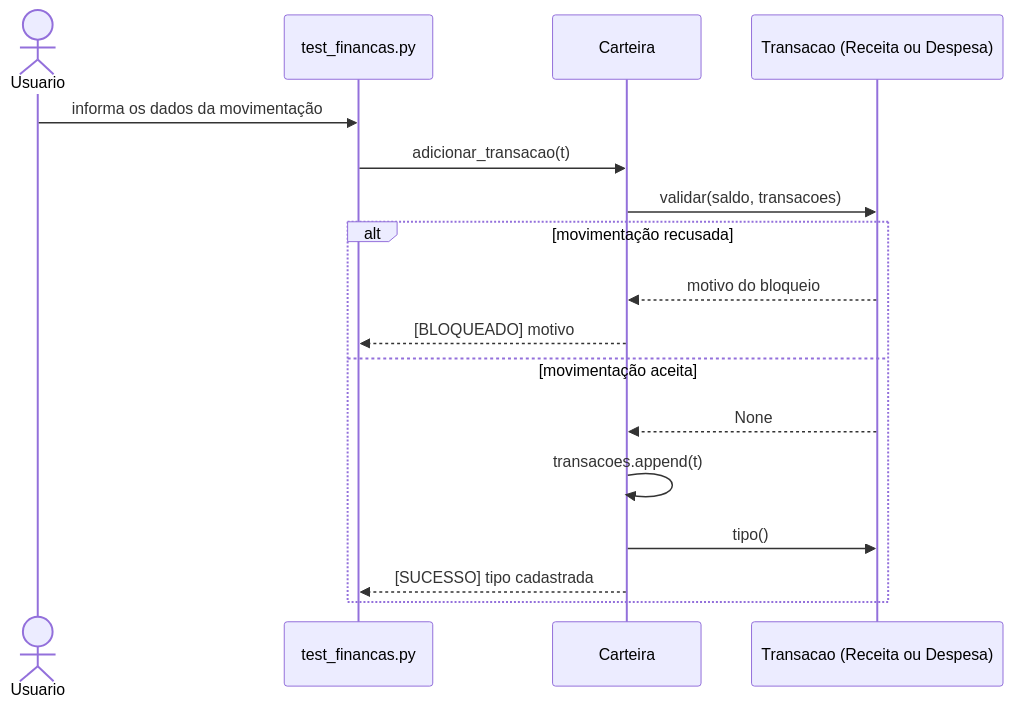
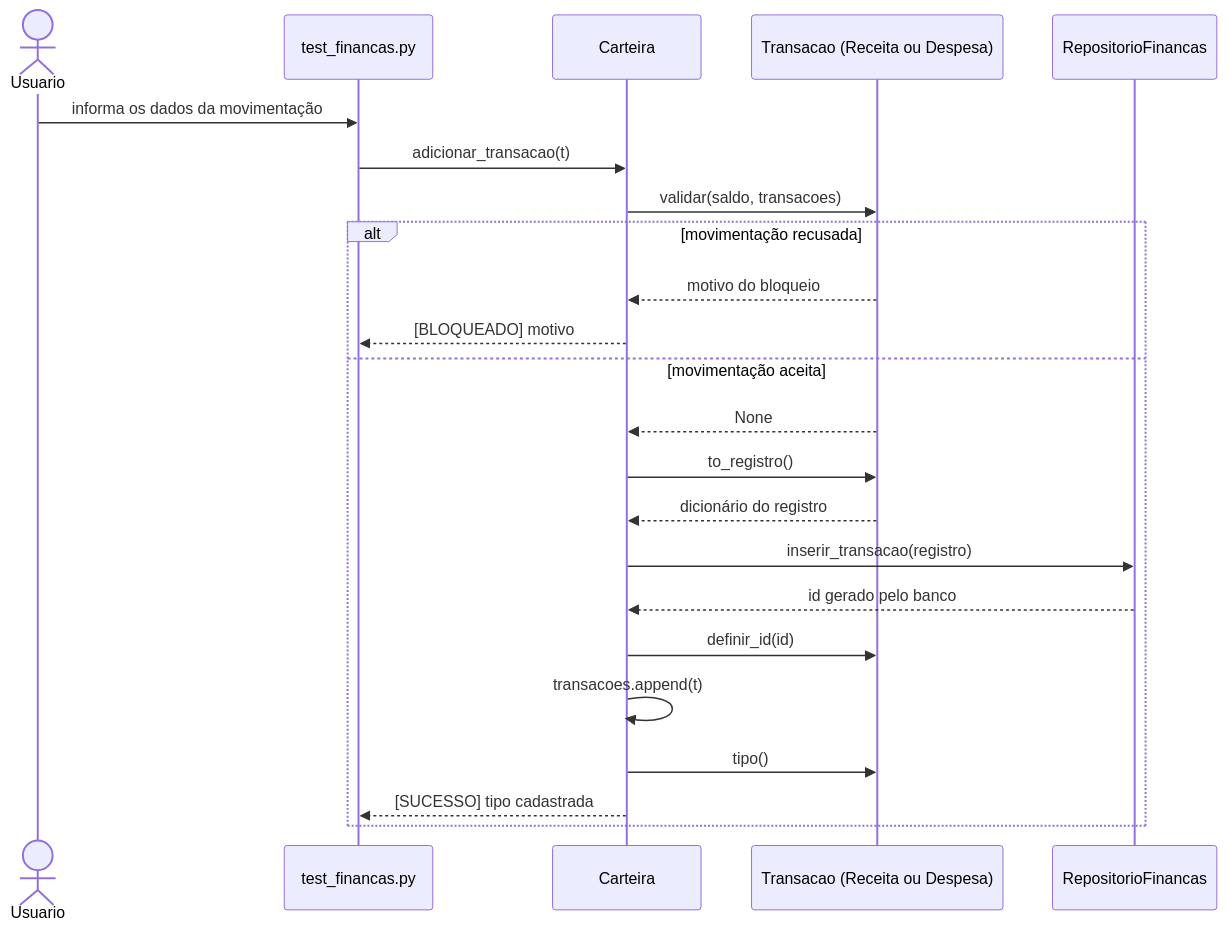
The second of 2 diagrams in docs/diagrama_uml.md (dallves-pro/projeto-desktop), drawn with Mermaid before and after one commit. The commit also changed other lines of this file and 13 other files, not shown here.

````diff
--- a/docs/diagrama_uml.md
+++ b/docs/diagrama_uml.md
@@ -107,20 +180,26 @@
 ```mermaid
 sequenceDiagram
     actor Usuario
     participant Menu as test_financas.py
     participant C as Carteira
     participant T as Transacao (Receita ou Despesa)
+    participant R as RepositorioFinancas
 
     Usuario->>Menu: informa os dados da movimentação
     Menu->>C: adicionar_transacao(t)
     C->>T: validar(saldo, transacoes)
     alt movimentação recusada
         T-->>C: motivo do bloqueio
         C-->>Menu: [BLOQUEADO] motivo
     else movimentação aceita
         T-->>C: None
+        C->>T: to_registro()
+        T-->>C: dicionário do registro
+        C->>R: inserir_transacao(registro)
+        R-->>C: id gerado pelo banco
+        C->>T: definir_id(id)
         C->>C: transacoes.append(t)
         C->>T: tipo()
         C-->>Menu: [SUCESSO] tipo cadastrada
     end
 ```
````
